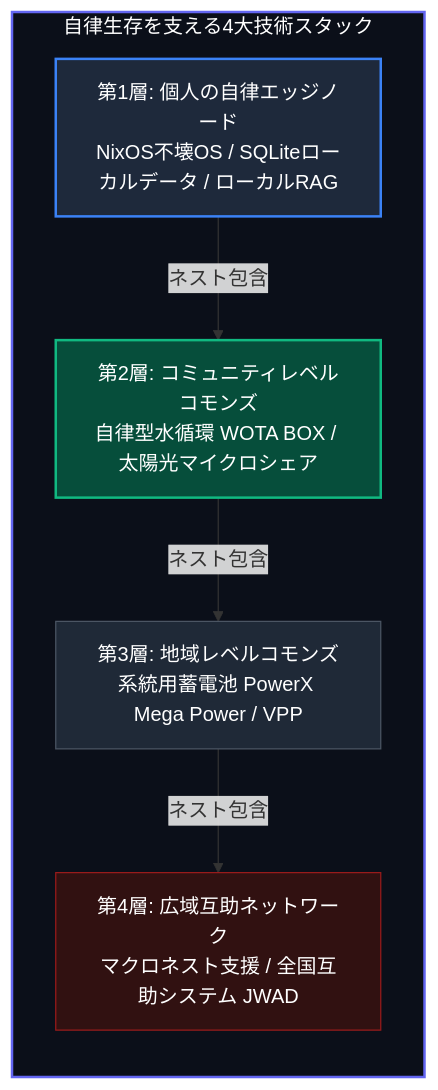
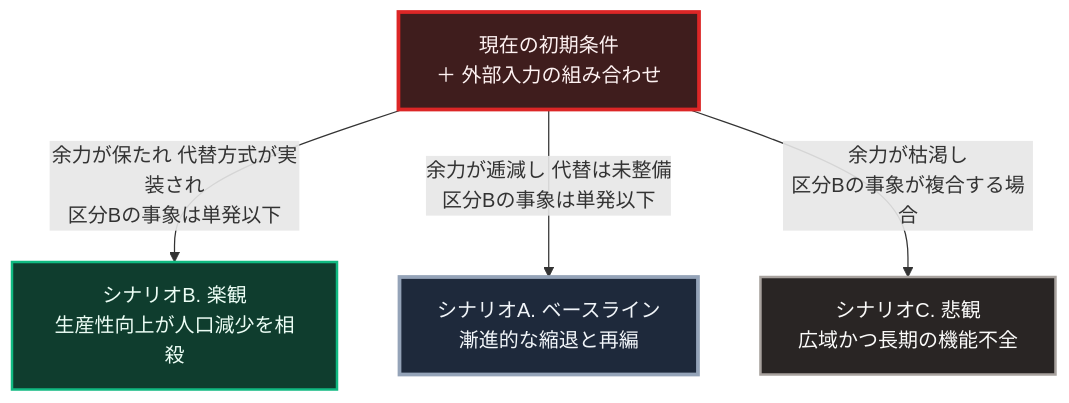
Before and after one commit to Takenori-Kusaka/zenn-content: the fourth of 4 diagrams in books/sovereign-resilience-blueprint/00_tldr.md, drawn with Mermaid. The commit also changed other lines of this file and 108 other files, not shown here.

````diff
--- a/books/sovereign-resilience-blueprint/00_tldr.md
+++ b/books/sovereign-resilience-blueprint/00_tldr.md
@@ -52,20 +118,13 @@
 ```mermaid
 flowchart TD
-    subgraph Stack [自律生存を支える4大技術スタック]
-        direction TB
-        L4[第4層: 広域互助ネットワーク<br>マクロネスト支援 / 全国互助システム JWAD]
-        L3[第3層: 地域レベルコモンズ<br>系統用蓄電池 PowerX Mega Power / VPP]
-        L2[第2層: コミュニティレベルコモンズ<br>自律型水循環 WOTA BOX / 太陽光マイクロシェア]
-        L1[第1層: 個人の自律エッジノード<br>NixOS不壊OS / SQLiteローカルデータ / ローカルRAG]
+    P[現在の初期条件<br>＋ 外部入力の組み合わせ]
 
-        L1 -->|ネスト包含| L2
-        L2 -->|ネスト包含| L3
-        L3 -->|ネスト包含| L4
-    end
+    P -->|余力が保たれ 代替方式が実装され<br>区分Bの事象は単発以下| SB[シナリオB. 楽観<br>生産性向上が人口減少を相殺]
+    P -->|余力が逓減し 代替は未整備<br>区分Bの事象は単発以下| SA[シナリオA. ベースライン<br>漸進的な縮退と再編]
+    P -->|余力が枯渇し<br>区分Bの事象が複合する場合| SC[シナリオC. 悲観<br>広域かつ長期の機能不全]
 
-    style Stack fill:#0b0f19,stroke:#6366f1,stroke-width:2px,color:#fff
-    style L1 fill:#1e293b,stroke:#3b82f6,stroke-width:2px,color:#fff
-    style L2 fill:#064e3b,stroke:#10b981,stroke-width:2px,color:#fff
-    style L3 fill:#1f2937,stroke:#4b5563,color:#fff
-    style L4 fill:#311111,stroke:#991b1b,color:#fff
+    style P fill:#3f1d1d,stroke:#dc2626,stroke-width:3px,color:#fef2f2
+    style SA fill:#1e293b,stroke:#94a3b8,stroke-width:3px,color:#f1f5f9
+    style SB fill:#0f3d2e,stroke:#10b981,stroke-width:2px,color:#ecfdf5
+    style SC fill:#292524,stroke:#a8a29e,stroke-width:2px,color:#fafaf9
 ```
````
